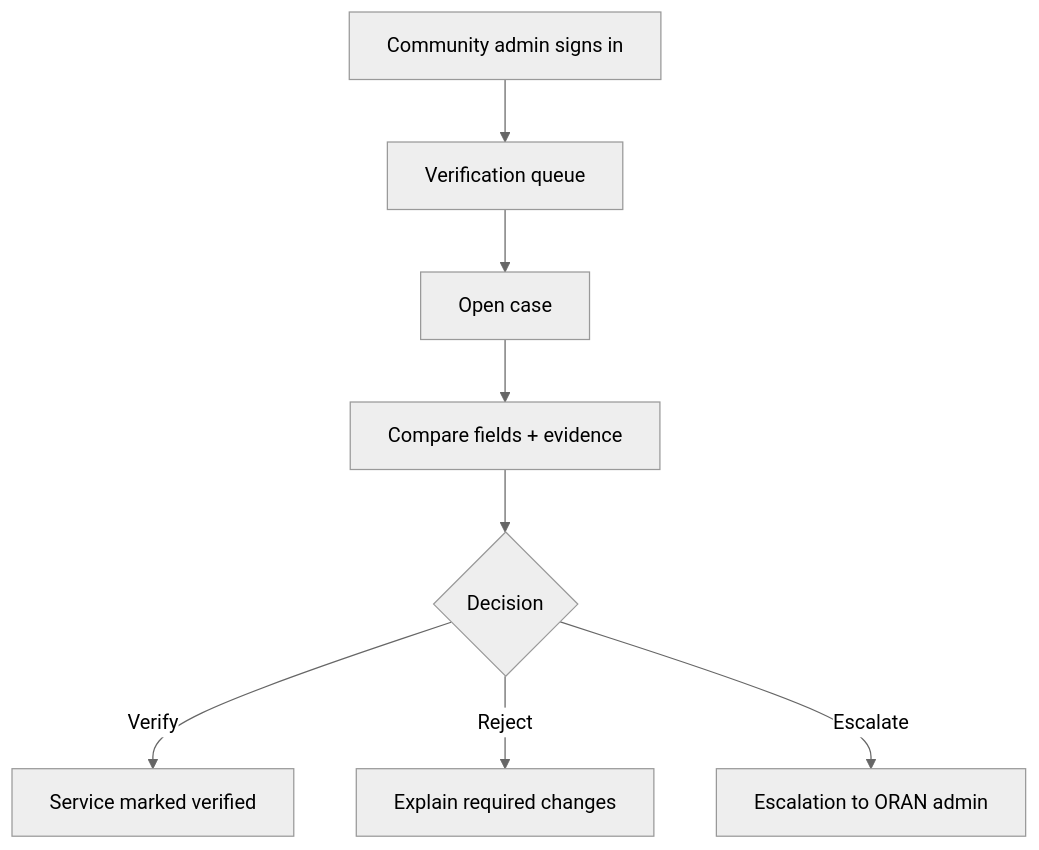
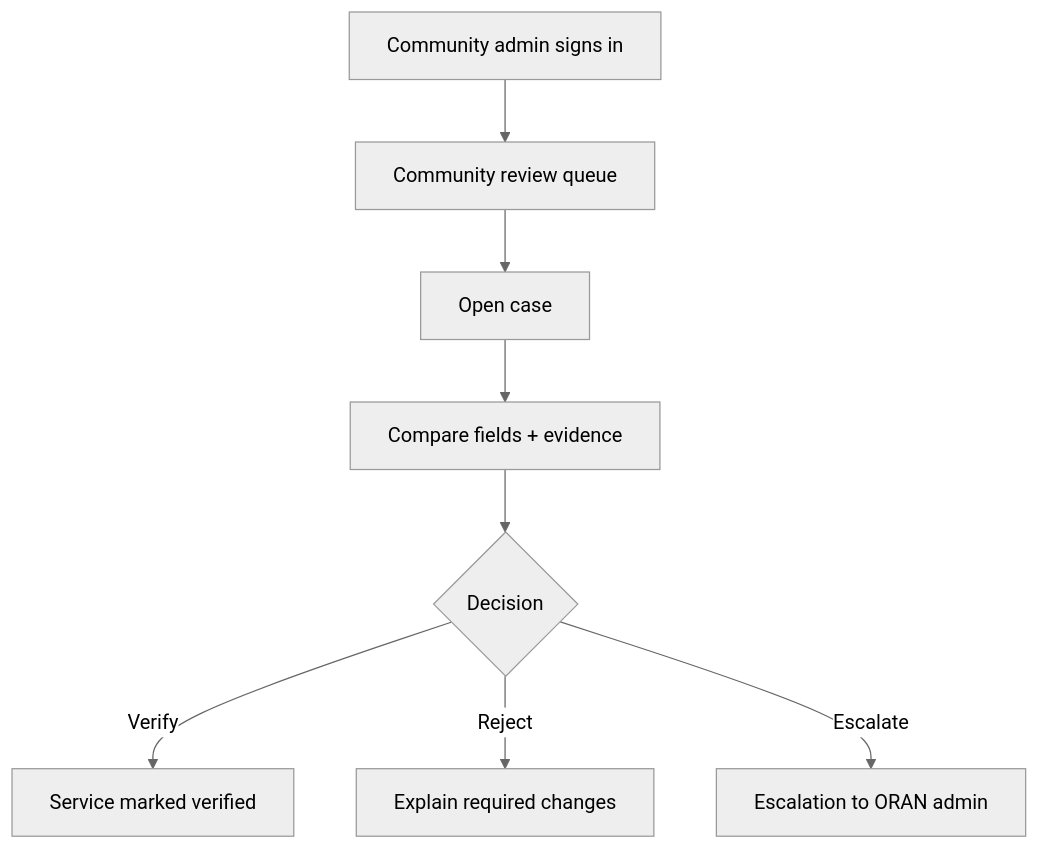
The fourth of 5 diagrams in docs/ui/UX_FLOWS.md (AutomatedEmpires/Open-Resource-Access-Network), drawn with Mermaid (neutral theme) before and after one commit. The commit also changed other lines of this file and 35 other files, not shown here.

Commit message:
docs(platform): codify architecture and UI contract updates

````diff
--- a/docs/ui/UX_FLOWS.md
+++ b/docs/ui/UX_FLOWS.md
@@ -92,10 +92,10 @@
 ```mermaid
 flowchart TD
-  A[Community admin signs in] --> B[Verification queue]
+  A[Community admin signs in] --> B[Community review queue]
   B --> C[Open case]
   C --> D[Compare fields + evidence]
   D --> E{Decision}
   E -->|Verify| F[Service marked verified]
   E -->|Reject| G[Explain required changes]
   E -->|Escalate| H[Escalation to ORAN admin]
 ```
````
